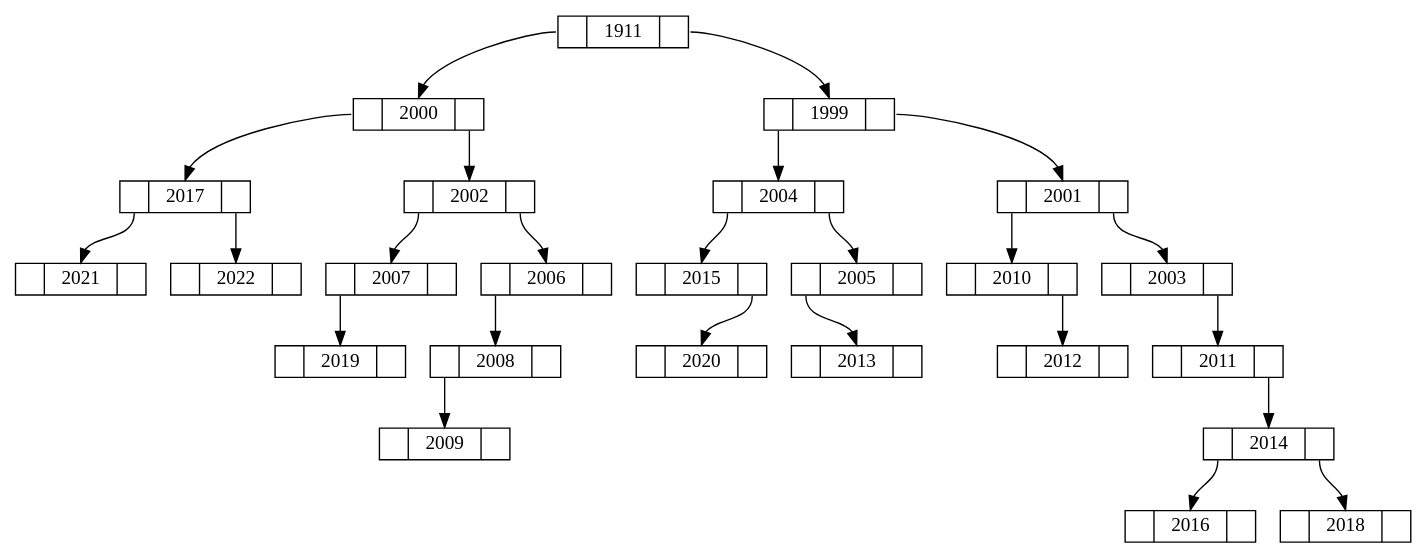
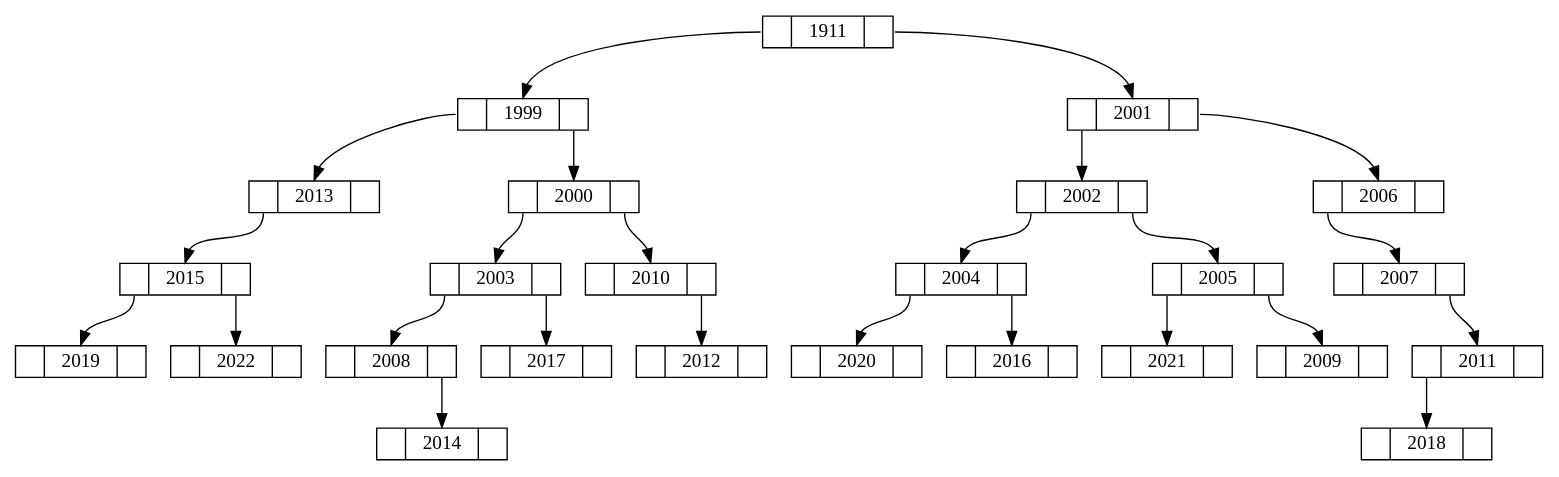
Before and after one commit to MasonSyj/CodeC: the diagram in ADTsSelfPractice/BST/Exercise/10.1/inthead.dot, drawn with Graphviz. The commit also changed 2 other files, not shown here.

```diff
--- a/ADTsSelfPractice/BST/Exercise/10.1/inthead.dot
+++ b/ADTsSelfPractice/BST/Exercise/10.1/inthead.dot
@@ -1,52 +1,52 @@
 digraph G {
    node [shape=record, height=0.1];
-   node0x106301f60 [label = "<l> | <m> 1911 | <r>"];
-   node0x106301ea0 [label = "<l> | <m> 2000 | <r>"];
-   node0x106301f60:l -> node0x106301ea0:m;
-   node0x106301b70 [label = "<l> | <m> 2017 | <r>"];
-   node0x106301ea0:l -> node0x106301b70:m;
-   node0x106301ab0 [label = "<l> | <m> 2021 | <r>"];
-   node0x106301b70:l -> node0x106301ab0:m;
-   node0x106301a80 [label = "<l> | <m> 2022 | <r>"];
-   node0x106301b70:r -> node0x106301a80:m;
-   node0x106301e40 [label = "<l> | <m> 2002 | <r>"];
-   node0x106301ea0:r -> node0x106301e40:m;
-   node0x106301d50 [label = "<l> | <m> 2007 | <r>"];
-   node0x106301e40:l -> node0x106301d50:m;
-   node0x106301b10 [label = "<l> | <m> 2019 | <r>"];
-   node0x106301d50:l -> node0x106301b10:m;
-   node0x106301d80 [label = "<l> | <m> 2006 | <r>"];
-   node0x106301e40:r -> node0x106301d80:m;
-   node0x106301d20 [label = "<l> | <m> 2008 | <r>"];
-   node0x106301d80:l -> node0x106301d20:m;
-   node0x106301cf0 [label = "<l> | <m> 2009 | <r>"];
-   node0x106301d20:l -> node0x106301cf0:m;
-   node0x106301ed0 [label = "<l> | <m> 1999 | <r>"];
-   node0x106301f60:r -> node0x106301ed0:m;
-   node0x106301de0 [label = "<l> | <m> 2004 | <r>"];
-   node0x106301ed0:l -> node0x106301de0:m;
-   node0x106301bd0 [label = "<l> | <m> 2015 | <r>"];
-   node0x106301de0:l -> node0x106301bd0:m;
-   node0x106301ae0 [label = "<l> | <m> 2020 | <r>"];
-   node0x106301bd0:r -> node0x106301ae0:m;
-   node0x106301db0 [label = "<l> | <m> 2005 | <r>"];
-   node0x106301de0:r -> node0x106301db0:m;
-   node0x106301c30 [label = "<l> | <m> 2013 | <r>"];
-   node0x106301db0:l -> node0x106301c30:m;
-   node0x106301e70 [label = "<l> | <m> 2001 | <r>"];
-   node0x106301ed0:r -> node0x106301e70:m;
-   node0x106301cc0 [label = "<l> | <m> 2010 | <r>"];
-   node0x106301e70:l -> node0x106301cc0:m;
-   node0x106301c60 [label = "<l> | <m> 2012 | <r>"];
-   node0x106301cc0:r -> node0x106301c60:m;
-   node0x106301e10 [label = "<l> | <m> 2003 | <r>"];
-   node0x106301e70:r -> node0x106301e10:m;
-   node0x106301c90 [label = "<l> | <m> 2011 | <r>"];
-   node0x106301e10:r -> node0x106301c90:m;
-   node0x106301c00 [label = "<l> | <m> 2014 | <r>"];
-   node0x106301c90:r -> node0x106301c00:m;
-   node0x106301ba0 [label = "<l> | <m> 2016 | <r>"];
-   node0x106301c00:l -> node0x106301ba0:m;
-   node0x106301b40 [label = "<l> | <m> 2018 | <r>"];
-   node0x106301c00:r -> node0x106301b40:m;
+   node0x104e01f60 [label = "<l> | <m> 1911 | <r>"];
+   node0x104e01ed0 [label = "<l> | <m> 1999 | <r>"];
+   node0x104e01f60:l -> node0x104e01ed0:m;
+   node0x104e01c30 [label = "<l> | <m> 2013 | <r>"];
+   node0x104e01ed0:l -> node0x104e01c30:m;
+   node0x104e01bd0 [label = "<l> | <m> 2015 | <r>"];
+   node0x104e01c30:l -> node0x104e01bd0:m;
+   node0x104e01b10 [label = "<l> | <m> 2019 | <r>"];
+   node0x104e01bd0:l -> node0x104e01b10:m;
+   node0x104e01a80 [label = "<l> | <m> 2022 | <r>"];
+   node0x104e01bd0:r -> node0x104e01a80:m;
+   node0x104e01ea0 [label = "<l> | <m> 2000 | <r>"];
+   node0x104e01ed0:r -> node0x104e01ea0:m;
+   node0x104e01e10 [label = "<l> | <m> 2003 | <r>"];
+   node0x104e01ea0:l -> node0x104e01e10:m;
+   node0x104e01d20 [label = "<l> | <m> 2008 | <r>"];
+   node0x104e01e10:l -> node0x104e01d20:m;
+   node0x104e01c00 [label = "<l> | <m> 2014 | <r>"];
+   node0x104e01d20:r -> node0x104e01c00:m;
+   node0x104e01b70 [label = "<l> | <m> 2017 | <r>"];
+   node0x104e01e10:r -> node0x104e01b70:m;
+   node0x104e01cc0 [label = "<l> | <m> 2010 | <r>"];
+   node0x104e01ea0:r -> node0x104e01cc0:m;
+   node0x104e01c60 [label = "<l> | <m> 2012 | <r>"];
+   node0x104e01cc0:r -> node0x104e01c60:m;
+   node0x104e01e70 [label = "<l> | <m> 2001 | <r>"];
+   node0x104e01f60:r -> node0x104e01e70:m;
+   node0x104e01e40 [label = "<l> | <m> 2002 | <r>"];
+   node0x104e01e70:l -> node0x104e01e40:m;
+   node0x104e01de0 [label = "<l> | <m> 2004 | <r>"];
+   node0x104e01e40:l -> node0x104e01de0:m;
+   node0x104e01ae0 [label = "<l> | <m> 2020 | <r>"];
+   node0x104e01de0:l -> node0x104e01ae0:m;
+   node0x104e01ba0 [label = "<l> | <m> 2016 | <r>"];
+   node0x104e01de0:r -> node0x104e01ba0:m;
+   node0x104e01db0 [label = "<l> | <m> 2005 | <r>"];
+   node0x104e01e40:r -> node0x104e01db0:m;
+   node0x104e01ab0 [label = "<l> | <m> 2021 | <r>"];
+   node0x104e01db0:l -> node0x104e01ab0:m;
+   node0x104e01cf0 [label = "<l> | <m> 2009 | <r>"];
+   node0x104e01db0:r -> node0x104e01cf0:m;
+   node0x104e01d80 [label = "<l> | <m> 2006 | <r>"];
+   node0x104e01e70:r -> node0x104e01d80:m;
+   node0x104e01d50 [label = "<l> | <m> 2007 | <r>"];
+   node0x104e01d80:l -> node0x104e01d50:m;
+   node0x104e01c90 [label = "<l> | <m> 2011 | <r>"];
+   node0x104e01d50:r -> node0x104e01c90:m;
+   node0x104e01b40 [label = "<l> | <m> 2018 | <r>"];
+   node0x104e01c90:l -> node0x104e01b40:m;
 }
```
